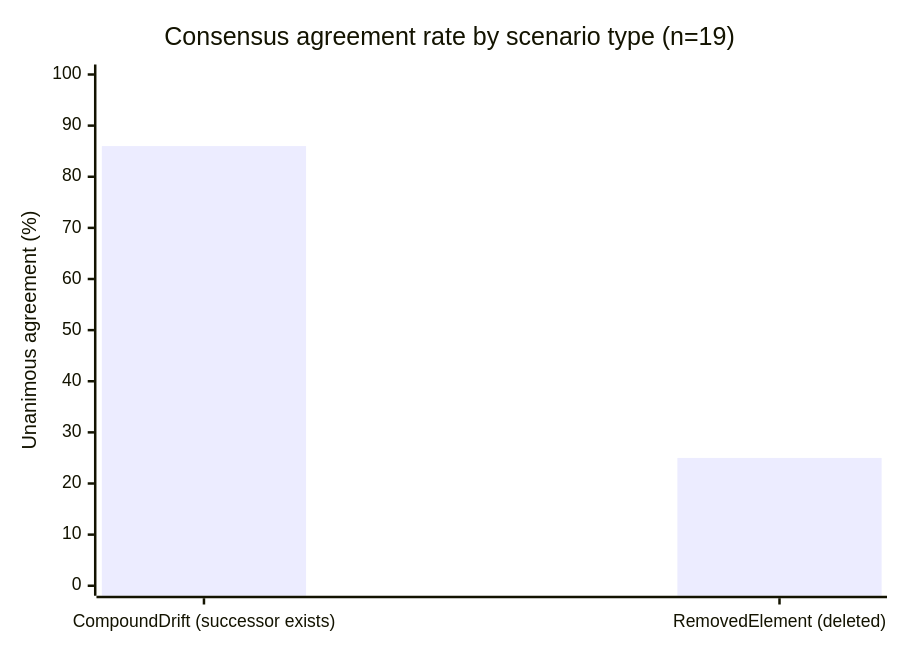
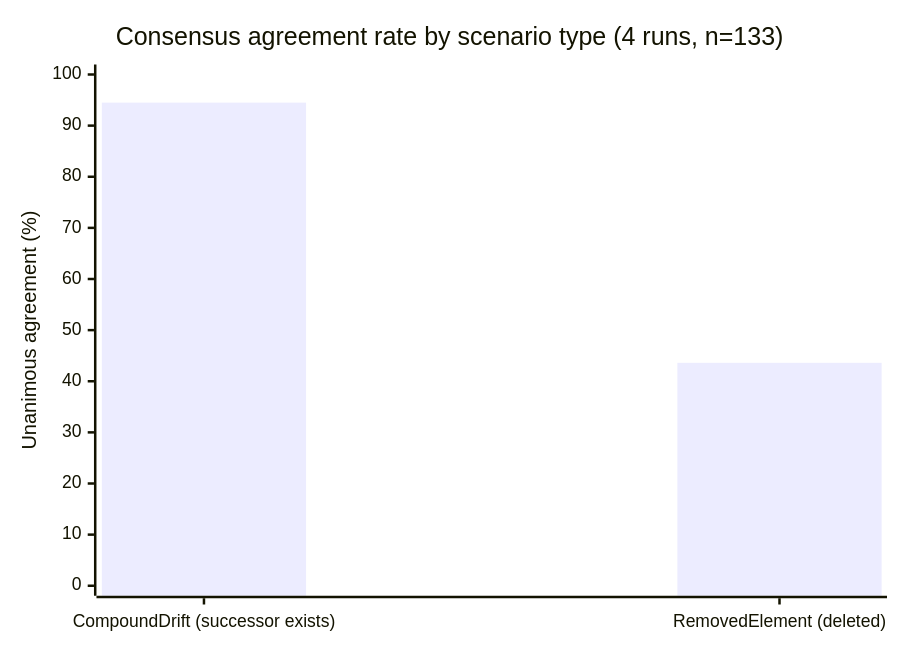
The sixth of 12 diagrams in docs/benchmark-calibration.md (mustafasercansak/automation-sandbox), drawn with Mermaid before and after one commit. The commit also changed other lines of this file, not shown here.

Commit message:
fix: update benchmark results and clarify consensus findings across multiple runs (#130)

````diff
--- a/docs/benchmark-calibration.md
+++ b/docs/benchmark-calibration.md
@@ -254,7 +247,7 @@
 ```mermaid
 xychart-beta
-    title "Consensus agreement rate by scenario type (n=19)"
+    title "Consensus agreement rate by scenario type (4 runs, n=133)"
     x-axis ["CompoundDrift (successor exists)", "RemovedElement (deleted)"]
     y-axis "Unanimous agreement (%)" 0 --> 100
-    bar [86, 25]
+    bar [94.5, 43.6]
 ```
````
